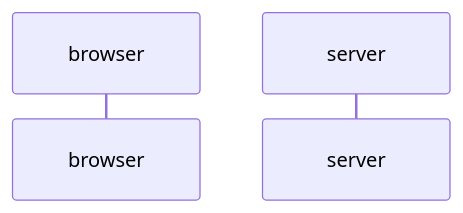
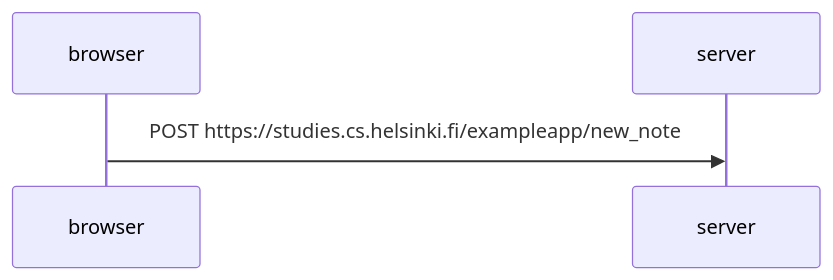
The diagram in part0/newnotediagram/diagram.md (AnaRuizS/Fullstack_open), drawn with Mermaid before and after one commit.

Commit message:
Added first part of the sequence

````diff
--- a/part0/newnotediagram/diagram.md
+++ b/part0/newnotediagram/diagram.md
@@ -3,5 +3,8 @@
 ```mermaid
 sequenceDiagram
     participant browser
     participant server
+
+    browser->>server: POST https://studies.cs.helsinki.fi/exampleapp/new_note
+    activate server
 ```
````
